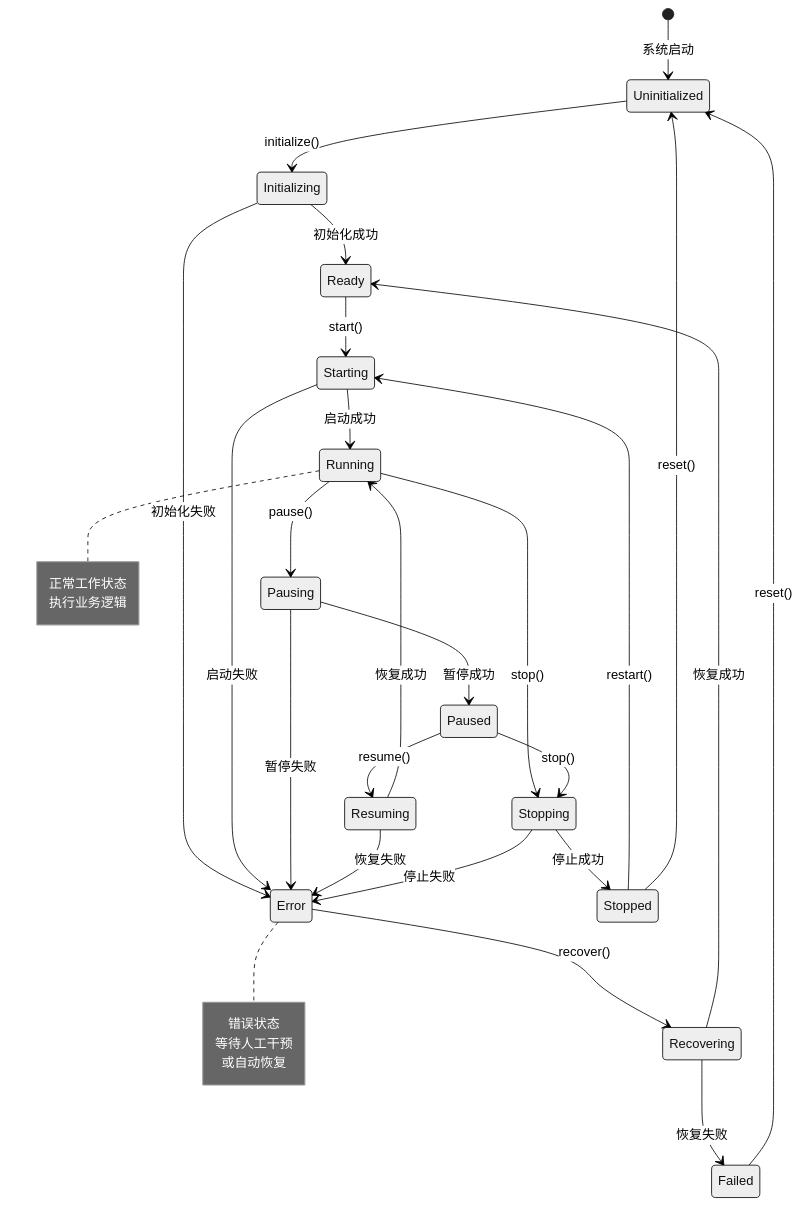
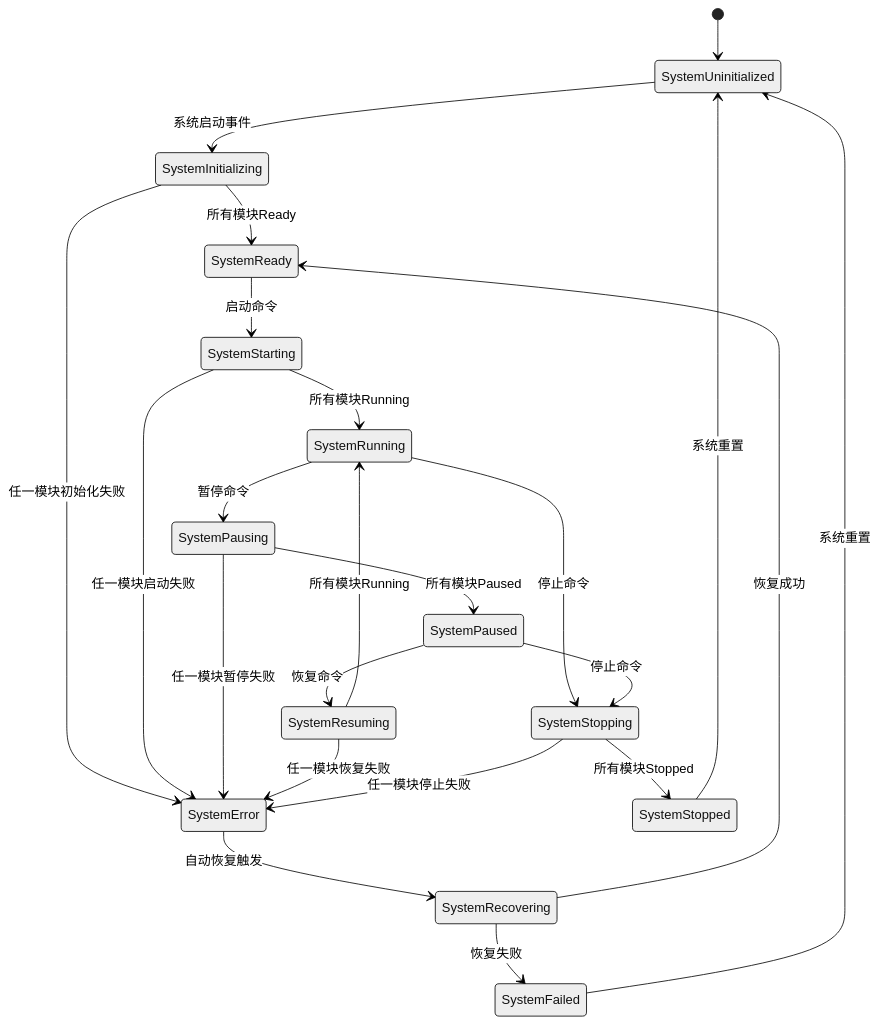
Before and after one commit to wendizhou99-cell/Radar: the fifth of 13 diagrams in docs/01_项目设计/02_模块设计/05_任务调度器设计.md, drawn with Mermaid (neutral theme). The commit also changed other lines of this file and 1 other file, not shown here.

````diff
--- a/docs/01_项目设计/02_模块设计/05_任务调度器设计.md
+++ b/docs/01_项目设计/02_模块设计/05_任务调度器设计.md
@@ -313,45 +364,32 @@
 ```mermaid
 stateDiagram-v2
-    [*] --> Uninitialized : 系统启动
+    [*] --> SystemUninitialized
 
-    Uninitialized --> Initializing : initialize()
-    Initializing --> Ready : 初始化成功
-    Initializing --> Error : 初始化失败
+    SystemUninitialized --> SystemInitializing : 系统启动事件
+    SystemInitializing --> SystemReady : 所有模块Ready
+    SystemInitializing --> SystemError : 任一模块初始化失败
 
-    Ready --> Starting : start()
-    Starting --> Running : 启动成功
-    Starting --> Error : 启动失败
+    SystemReady --> SystemStarting : 启动命令
+    SystemStarting --> SystemRunning : 所有模块Running
+    SystemStarting --> SystemError : 任一模块启动失败
 
-    Running --> Pausing : pause()
-    Pausing --> Paused : 暂停成功
-    Pausing --> Error : 暂停失败
+    SystemRunning --> SystemPausing : 暂停命令
+    SystemPausing --> SystemPaused : 所有模块Paused
+    SystemPausing --> SystemError : 任一模块暂停失败
 
-    Paused --> Resuming : resume()
-    Resuming --> Running : 恢复成功
-    Resuming --> Error : 恢复失败
+    SystemPaused --> SystemResuming : 恢复命令
+    SystemResuming --> SystemRunning : 所有模块Running
+    SystemResuming --> SystemError : 任一模块恢复失败
 
-    Running --> Stopping : stop()
-    Paused --> Stopping : stop()
-    Stopping --> Stopped : 停止成功
-    Stopping --> Error : 停止失败
+    SystemRunning --> SystemStopping : 停止命令
+    SystemPaused --> SystemStopping : 停止命令
+    SystemStopping --> SystemStopped : 所有模块Stopped
+    SystemStopping --> SystemError : 任一模块停止失败
 
-    Stopped --> Starting : restart()
+    SystemError --> SystemRecovering : 自动恢复触发
+    SystemRecovering --> SystemReady : 恢复成功
+    SystemRecovering --> SystemFailed : 恢复失败
 
-    Error --> Recovering : recover()
-    Recovering --> Ready : 恢复成功
-    Recovering --> Failed : 恢复失败
-
-    Failed --> Uninitialized : reset()
-    Stopped --> Uninitialized : reset()
-
-    note right of Running
-        正常工作状态
-        执行业务逻辑
-    end note
-
-    note right of Error
-        错误状态
-        等待人工干预
-        或自动恢复
-    end note
+    SystemFailed --> SystemUninitialized : 系统重置
+    SystemStopped --> SystemUninitialized : 系统重置
 ```
````
